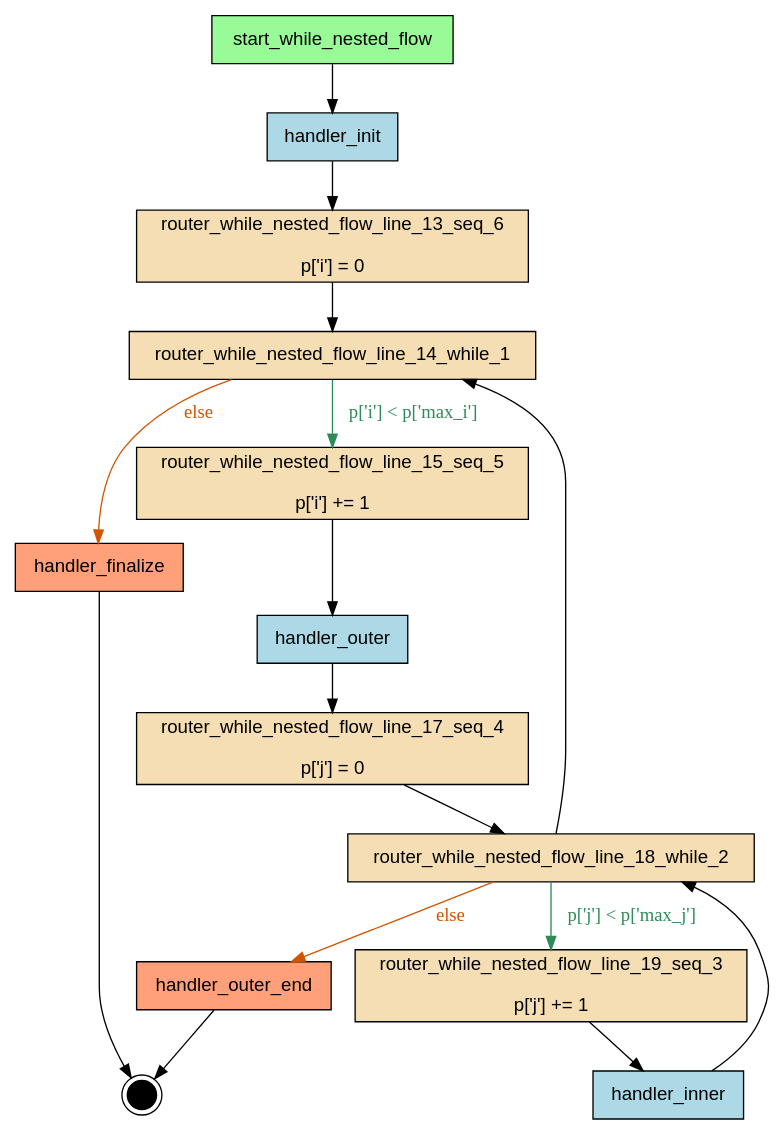
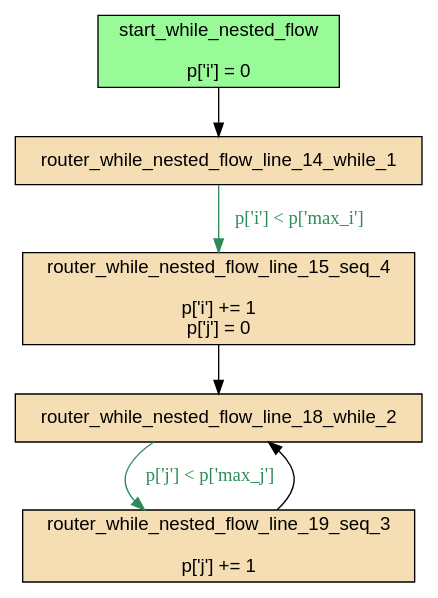
Before and after one commit to deliveryhero/asya: the diagram in examples/flows/compiled/while_nested/flow.dot, drawn with Graphviz. The commit also changed 1203 other files, not shown here.

```diff
--- a/examples/flows/compiled/while_nested/flow.dot
+++ b/examples/flows/compiled/while_nested/flow.dot
@@ -1,37 +1,18 @@
 digraph "while_nested_flow" {
     rankdir=TB;
     node [shape=box, style=filled, fontname="Helvetica"];
 
     { rank=source; start_while_nested_flow; }
 
-    handler_finalize [label="handler_finalize", fillcolor=lightsalmon];
-    handler_init [label="handler_init", fillcolor=lightblue];
-    handler_inner [label="handler_inner", fillcolor=lightblue];
-    handler_outer [label="handler_outer", fillcolor=lightblue];
-    handler_outer_end [label="handler_outer_end", fillcolor=lightsalmon];
-    router_while_nested_flow_line_13_seq_6 [label="router_while_nested_flow_line_13_seq_6\n\np['i'] = 0", fillcolor=wheat];
     router_while_nested_flow_line_14_while_1 [label="router_while_nested_flow_line_14_while_1", fillcolor=wheat];
-    router_while_nested_flow_line_15_seq_5 [label="router_while_nested_flow_line_15_seq_5\n\np['i'] += 1", fillcolor=wheat];
-    router_while_nested_flow_line_17_seq_4 [label="router_while_nested_flow_line_17_seq_4\n\np['j'] = 0", fillcolor=wheat];
+    router_while_nested_flow_line_15_seq_4 [label="router_while_nested_flow_line_15_seq_4\n\np['i'] += 1\np['j'] = 0", fillcolor=wheat];
     router_while_nested_flow_line_18_while_2 [label="router_while_nested_flow_line_18_while_2", fillcolor=wheat];
     router_while_nested_flow_line_19_seq_3 [label="router_while_nested_flow_line_19_seq_3\n\np['j'] += 1", fillcolor=wheat];
-    start_while_nested_flow [label="start_while_nested_flow", fillcolor=palegreen];
+    start_while_nested_flow [label="start_while_nested_flow\n\np['i'] = 0", fillcolor=palegreen];
 
-    __end__ [label="", shape=doublecircle, fillcolor=black, width=0.3, fixedsize=true];
-
-    start_while_nested_flow -> handler_init;
-    handler_init -> router_while_nested_flow_line_13_seq_6;
-    router_while_nested_flow_line_19_seq_3 -> handler_inner;
+    start_while_nested_flow -> router_while_nested_flow_line_14_while_1;
     router_while_nested_flow_line_18_while_2 -> router_while_nested_flow_line_19_seq_3 [label="p['j'] < p['max_j']", color="#2E8B57", fontcolor="#2E8B57"];
-    router_while_nested_flow_line_18_while_2 -> handler_outer_end [label="else", color="#D35400", fontcolor="#D35400"];
-    router_while_nested_flow_line_17_seq_4 -> router_while_nested_flow_line_18_while_2;
-    router_while_nested_flow_line_15_seq_5 -> handler_outer;
-    handler_outer -> router_while_nested_flow_line_17_seq_4;
-    router_while_nested_flow_line_14_while_1 -> router_while_nested_flow_line_15_seq_5 [label="p['i'] < p['max_i']", color="#2E8B57", fontcolor="#2E8B57"];
-    router_while_nested_flow_line_14_while_1 -> handler_finalize [label="else", color="#D35400", fontcolor="#D35400"];
-    router_while_nested_flow_line_13_seq_6 -> router_while_nested_flow_line_14_while_1;
-    handler_inner -> router_while_nested_flow_line_18_while_2;
-    router_while_nested_flow_line_18_while_2 -> router_while_nested_flow_line_14_while_1;
-    handler_finalize -> __end__;
-    handler_outer_end -> __end__;
+    router_while_nested_flow_line_19_seq_3 -> router_while_nested_flow_line_18_while_2;
+    router_while_nested_flow_line_15_seq_4 -> router_while_nested_flow_line_18_while_2;
+    router_while_nested_flow_line_14_while_1 -> router_while_nested_flow_line_15_seq_4 [label="p['i'] < p['max_i']", color="#2E8B57", fontcolor="#2E8B57"];
 }
```
